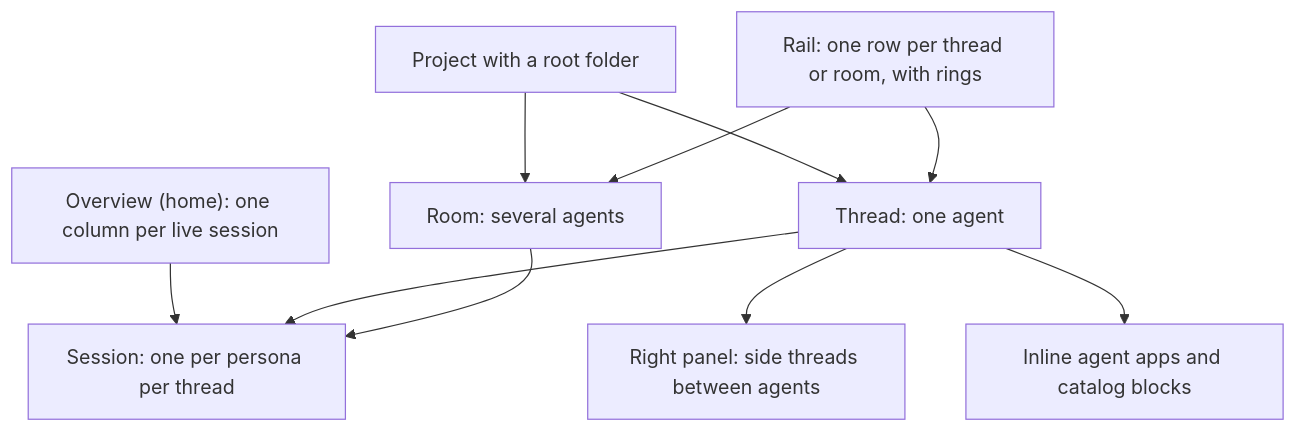
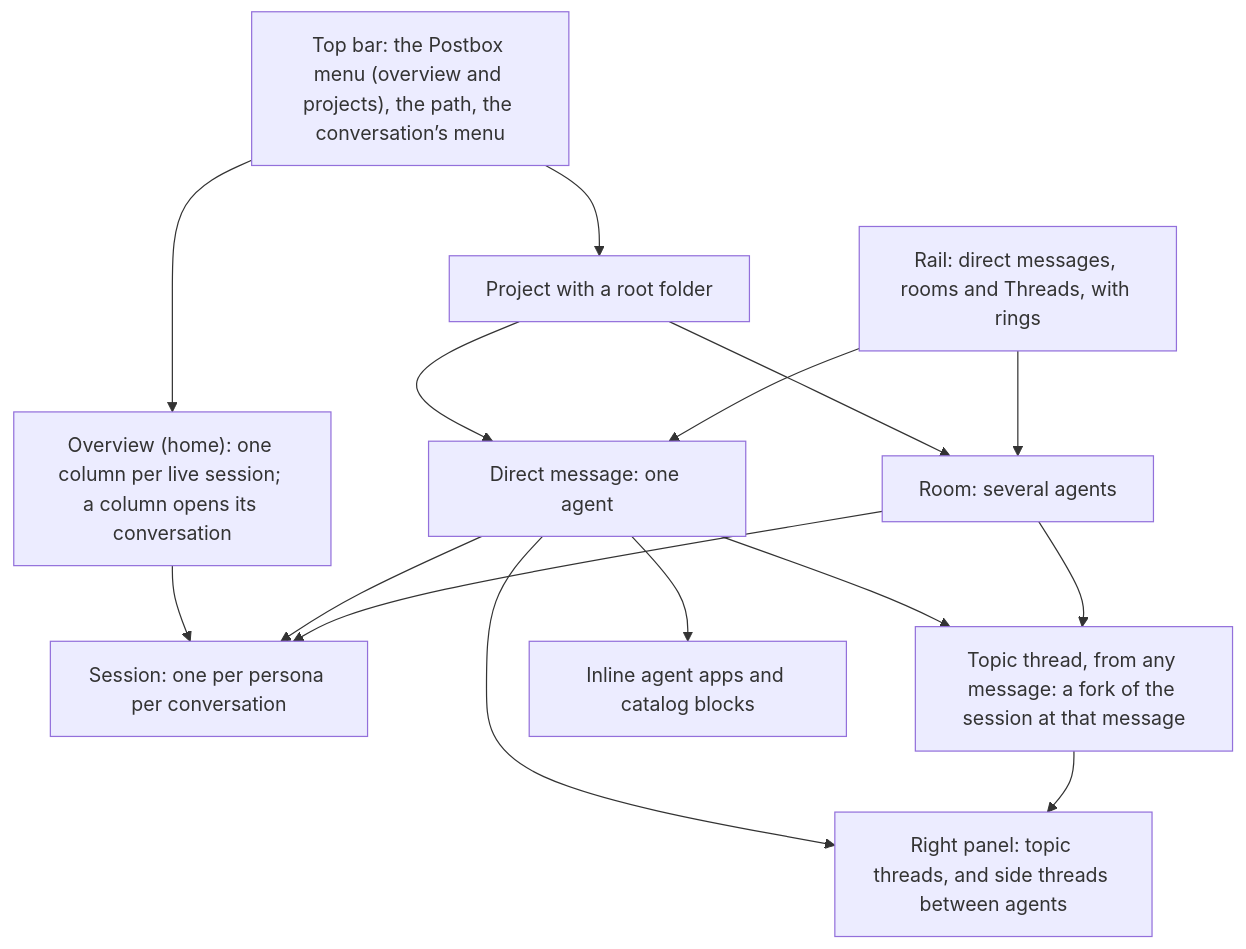
Before and after one commit to HJeon139/postbox: the first of 2 diagrams in designs/intent.md, drawn with Mermaid. The commit also changed other lines of this file and 72 other files, not shown here.

````diff
--- a/designs/intent.md
+++ b/designs/intent.md
@@ -37,12 +40,17 @@
 ```mermaid
 flowchart TD
-  O["Overview (home): one column per live session"] --> S
-  P[Project with a root folder] --> T[Thread: one agent]
+  TB["Top bar: the Postbox menu (overview and projects), the path, the conversation’s menu"] --> O
+  TB --> P
+  O["Overview (home): one column per live session; a column opens its conversation"] --> S
+  P[Project with a root folder] --> T[Direct message: one agent]
   P --> R[Room: several agents]
-  T --> S[Session: one per persona per thread]
+  T --> S[Session: one per persona per conversation]
   R --> S
-  RL["Rail: one row per thread or room, with rings"] --> T
+  RL["Rail: direct messages, rooms and Threads, with rings"] --> T
   RL --> R
-  T --> SP["Right panel: side threads between agents"]
+  T --> TT["Topic thread, from any message: a fork of the session at that message"]
+  R --> TT
+  T --> SP["Right panel: topic threads, and side threads between agents"]
+  TT --> SP
   T --> A["Inline agent apps and catalog blocks"]
 ```
````
